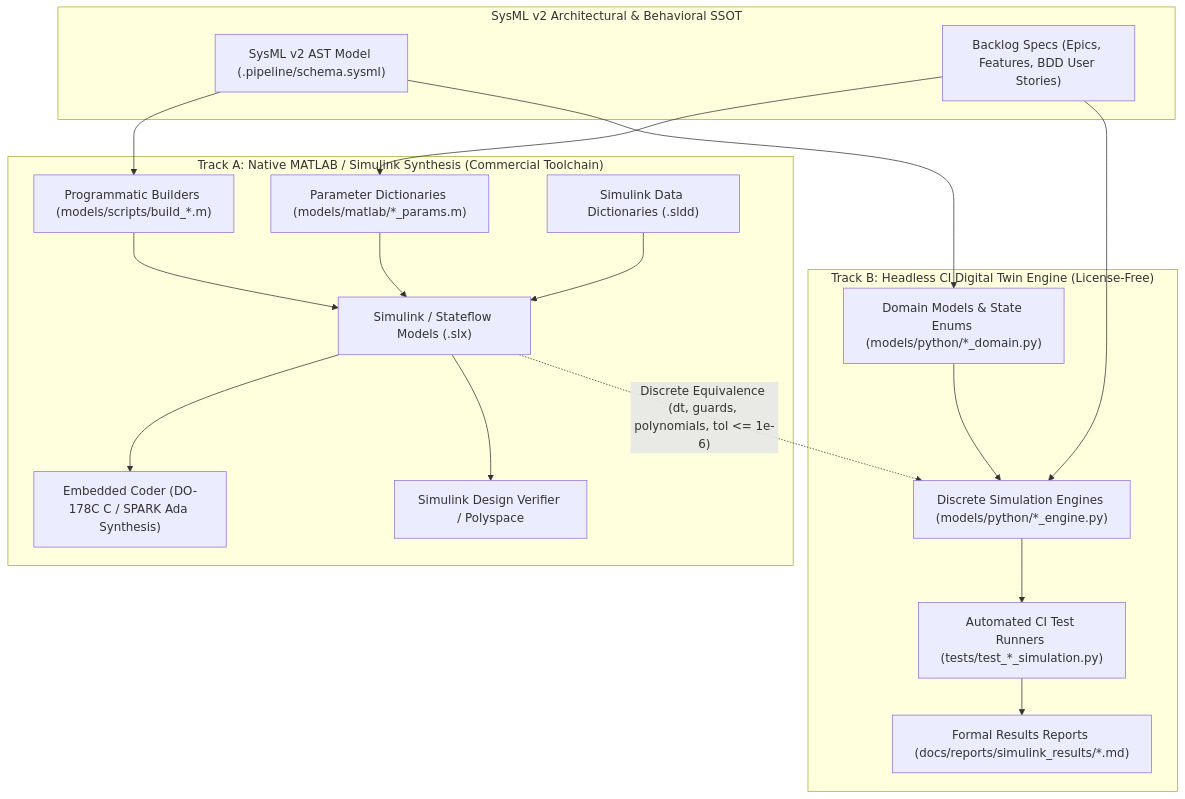
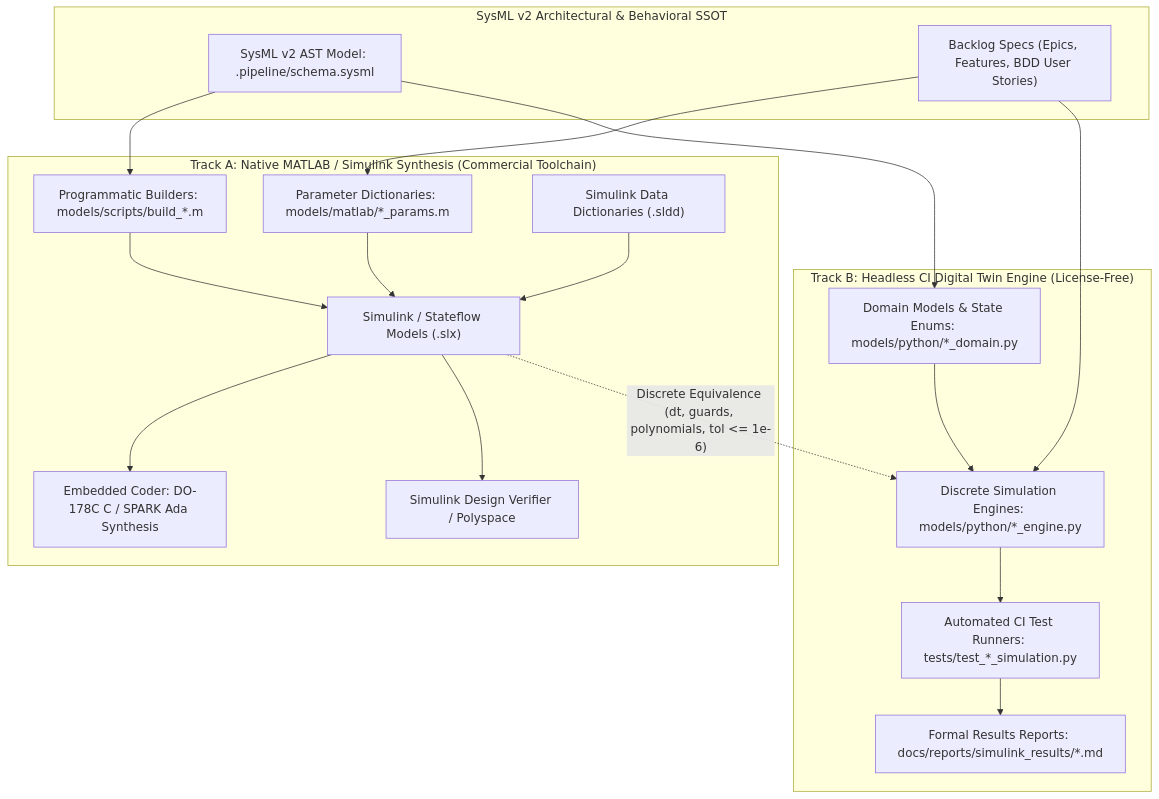
One commit to gintatkinson/DEAP-spec-core changed the diagram in rules/dual-track-mbd-verification.md. Above: the diagram before and after it, drawn with Mermaid. The commit also changed 1 other file, not shown here.

Commit message:
fix(mermaid): quote node labels containing special characters in dual-track blueprint

````diff
--- a/rules/dual-track-mbd-verification.md
+++ b/rules/dual-track-mbd-verification.md
@@ -15,40 +15,40 @@
 ```mermaid
 flowchart TD
     subgraph SSOT["SysML v2 Architectural & Behavioral SSOT"]
-        SYSML["SysML v2 AST Model (.pipeline/schema.sysml)"]
+        SYSML["SysML v2 AST Model: .pipeline/schema.sysml"]
         SPECS["Backlog Specs (Epics, Features, BDD User Stories)"]
     end
 
     subgraph TrackA["Track A: Native MATLAB / Simulink Synthesis (Commercial Toolchain)"]
-        M_BUILD["Programmatic Builders (models/scripts/build_*.m)"]
-        M_PARAM["Parameter Dictionaries (models/matlab/*_params.m)"]
+        M_BUILD["Programmatic Builders: models/scripts/build_*.m"]
+        M_PARAM["Parameter Dictionaries: models/matlab/*_params.m"]
         SLDD["Simulink Data Dictionaries (.sldd)"]
         SLX["Simulink / Stateflow Models (.slx)"]
-        CODER["Embedded Coder (DO-178C C / SPARK Ada Synthesis)"]
+        CODER["Embedded Coder: DO-178C C / SPARK Ada Synthesis"]
         SLDV["Simulink Design Verifier / Polyspace"]
     end
 
     subgraph TrackB["Track B: Headless CI Digital Twin Engine (License-Free)"]
-        PY_DOMAIN["Domain Models & State Enums (models/python/*_domain.py)"]
-        PY_ENGINE["Discrete Simulation Engines (models/python/*_engine.py)"]
-        PY_TEST["Automated CI Test Runners (tests/test_*_simulation.py)"]
-        CI_REPORT["Formal Results Reports (docs/reports/simulink_results/*.md)"]
+        PY_DOMAIN["Domain Models & State Enums: models/python/*_domain.py"]
+        PY_ENGINE["Discrete Simulation Engines: models/python/*_engine.py"]
+        PY_TEST["Automated CI Test Runners: tests/test_*_simulation.py"]
+        CI_REPORT["Formal Results Reports: docs/reports/simulink_results/*.md"]
     end
 
     SYSML --> M_BUILD
     SYSML --> PY_DOMAIN
     SPECS --> M_PARAM
     SPECS --> PY_ENGINE
 
     M_BUILD --> SLX
     M_PARAM --> SLX
     SLDD --> SLX
     SLX --> CODER
     SLX --> SLDV
 
     PY_DOMAIN --> PY_ENGINE
     PY_ENGINE --> PY_TEST
     PY_TEST --> CI_REPORT
 
     SLX -.->|"Discrete Equivalence (dt, guards, polynomials, tol <= 1e-6)"| PY_ENGINE
 ```
````
